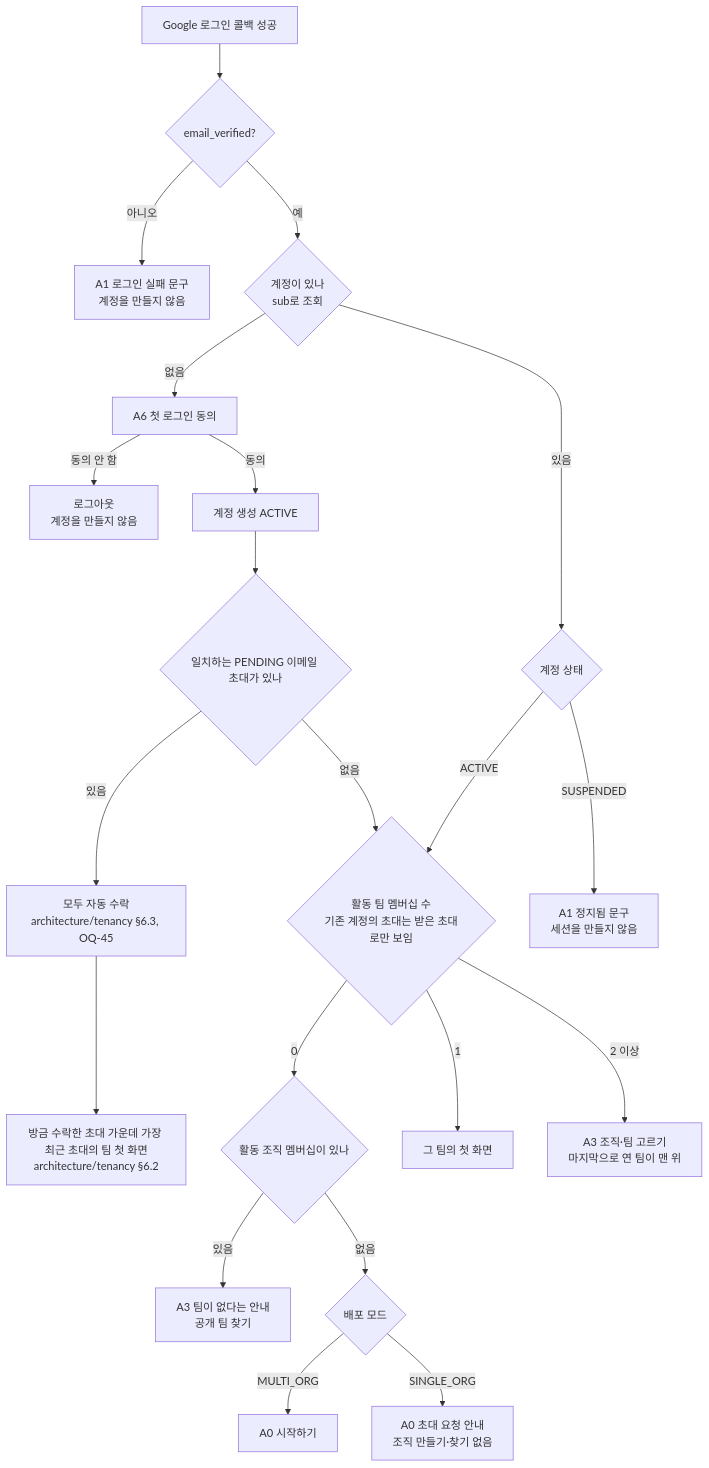
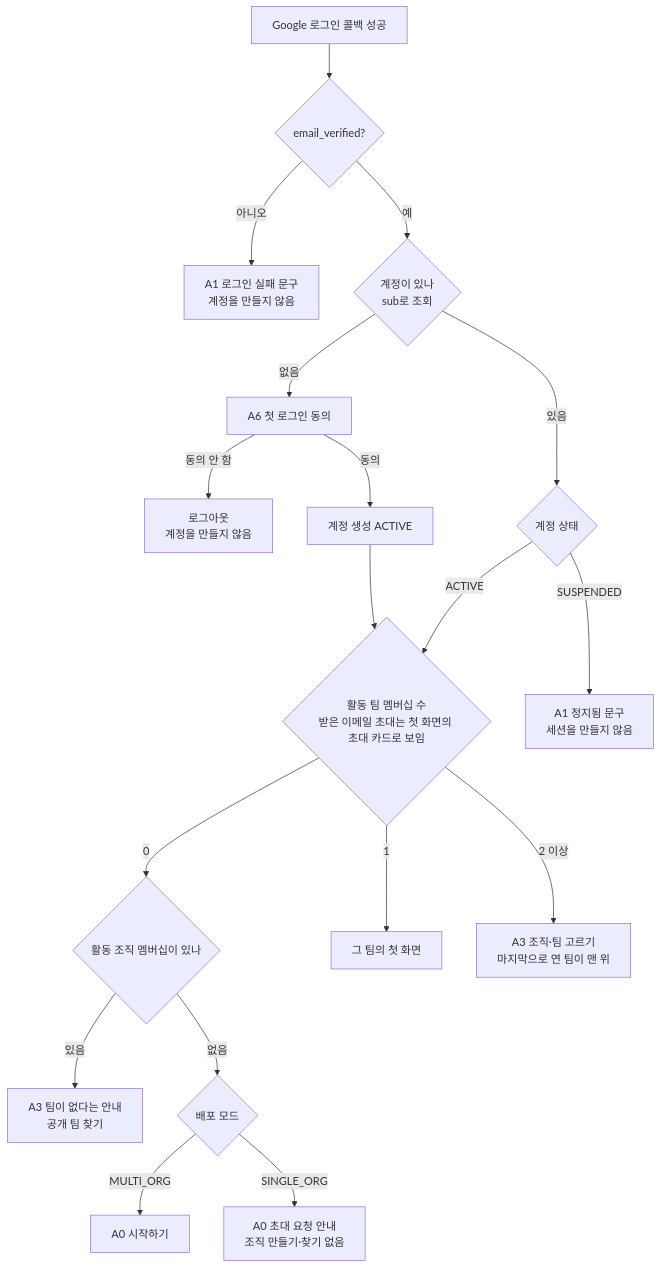
One commit to poseybutter/reberu changed the first of 5 diagrams in docs/product/flows.md. Above: the diagram before and after it, drawn with Mermaid. The commit also changed other lines of this file and 6 other files, not shown here.

````diff
--- a/docs/product/flows.md
+++ b/docs/product/flows.md
@@ -19,23 +19,20 @@
 ```mermaid
 flowchart TD
     S[Google 로그인 콜백 성공] --> V{email_verified?}
     V -- 아니오 --> X1[A1 로그인 실패 문구<br/>계정을 만들지 않음]
     V -- 예 --> E{계정이 있나<br/>sub로 조회}
     E -- 없음 --> C1[A6 첫 로그인 동의]
     C1 -- 동의 안 함 --> X2[로그아웃<br/>계정을 만들지 않음]
     C1 -- 동의 --> MK[계정 생성 ACTIVE]
-    MK --> INV{일치하는 PENDING 이메일 초대가 있나}
-    INV -- 있음 --> AC[모두 자동 수락<br/>architecture/tenancy §6.3, OQ-45]
-    AC --> TI[방금 수락한 초대 가운데 가장 최근 초대의 팀 첫 화면<br/>architecture/tenancy §6.2]
-    INV -- 없음 --> T
+    MK --> T
     E -- 있음 --> ST{계정 상태}
     ST -- SUSPENDED --> X3[A1 정지됨 문구<br/>세션을 만들지 않음]
-    ST -- ACTIVE --> T{활동 팀 멤버십 수<br/>기존 계정의 초대는 받은 초대로만 보임}
+    ST -- ACTIVE --> T{활동 팀 멤버십 수<br/>받은 이메일 초대는 첫 화면의 초대 카드로 보임}
     T -- 0 --> OM{활동 조직 멤버십이 있나}
     OM -- 있음 --> A3E[A3 팀이 없다는 안내<br/>공개 팀 찾기]
     OM -- 없음 --> M{배포 모드}
     M -- MULTI_ORG --> A0[A0 시작하기]
     M -- SINGLE_ORG --> A0S[A0 초대 요청 안내<br/>조직 만들기·찾기 없음]
     T -- 1 --> TH[그 팀의 첫 화면]
     T -- 2 이상 --> A3[A3 조직·팀 고르기<br/>마지막으로 연 팀이 맨 위]
 ```
````
